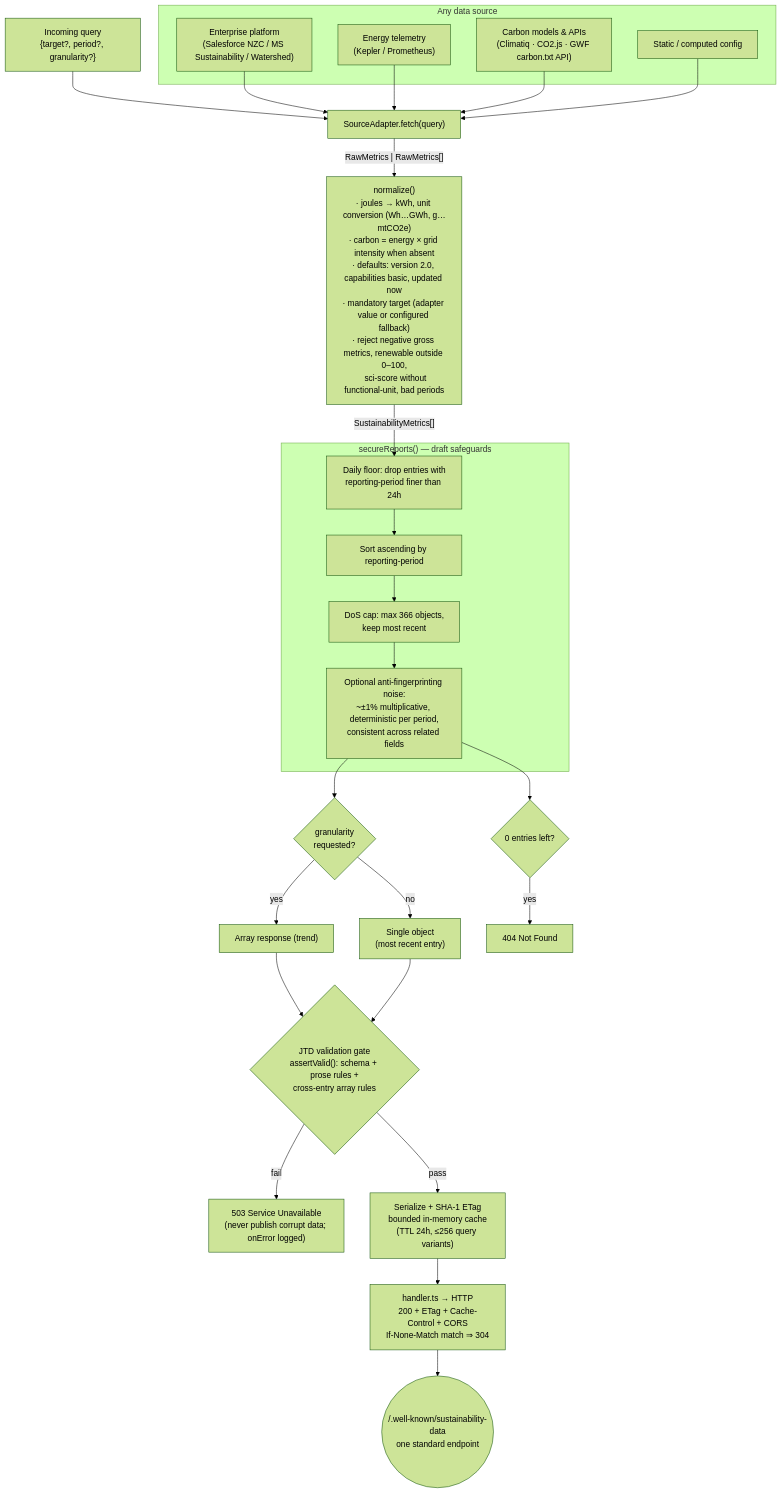
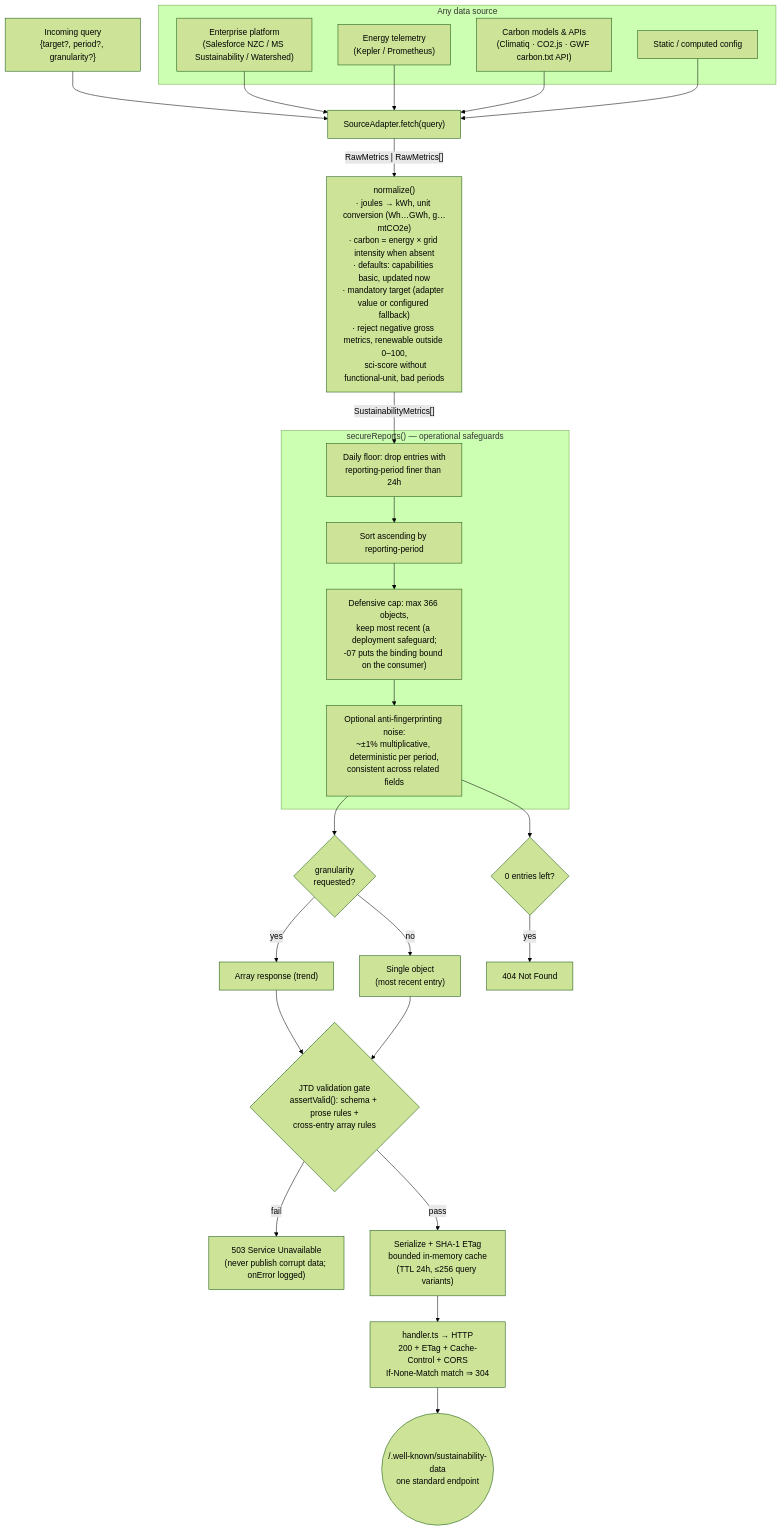
The sixth of 10 diagrams in architecture/README.md (andreibesleaga/rfc-sustainability-wellknown), drawn with Mermaid (forest theme) before and after one commit. The commit also changed other lines of this file and 209 other files, not shown here.

````diff
--- a/architecture/README.md
+++ b/architecture/README.md
@@ -501,45 +607,45 @@
 ```mermaid
 flowchart TD
     Q["Incoming query<br/>{target?, period?, granularity?}"] --> AD
 
     subgraph SRC["Any data source"]
         S1["Enterprise platform<br/>(Salesforce NZC / MS Sustainability / Watershed)"]
         S2["Energy telemetry<br/>(Kepler / Prometheus)"]
         S3["Carbon models & APIs<br/>(Climatiq · CO2.js · GWF carbon.txt API)"]
         S4["Static / computed config"]
     end
 
     S1 --> AD
     S2 --> AD
     S3 --> AD
     S4 --> AD
 
     AD["SourceAdapter.fetch(query)"] -- "RawMetrics | RawMetrics[]" --> N
 
-    N["normalize()<br/>· joules → kWh, unit conversion (Wh…GWh, g…mtCO2e)<br/>· carbon = energy × grid intensity when absent<br/>· defaults: version 2.0, capabilities basic, updated now<br/>· mandatory target (adapter value or configured fallback)<br/>· reject negative gross metrics, renewable outside 0–100,<br/>  sci-score without functional-unit, bad periods"]
+    N["normalize()<br/>· joules → kWh, unit conversion (Wh…GWh, g…mtCO2e)<br/>· carbon = energy × grid intensity when absent<br/>· defaults: capabilities basic, updated now<br/>· mandatory target (adapter value or configured fallback)<br/>· reject negative gross metrics, renewable outside 0–100,<br/>  sci-score without functional-unit, bad periods"]
 
     N -- "SustainabilityMetrics[]" --> G1
 
-    subgraph SAFE["secureReports() — draft safeguards"]
+    subgraph SAFE["secureReports() — operational safeguards"]
         G1["Daily floor: drop entries with<br/>reporting-period finer than 24h"] --> G2
         G2["Sort ascending by reporting-period"] --> G3
-        G3["DoS cap: max 366 objects,<br/>keep most recent"] --> G4
+        G3["Defensive cap: max 366 objects,<br/>keep most recent (a deployment safeguard;<br/>-07 puts the binding bound on the consumer)"] --> G4
         G4["Optional anti-fingerprinting noise:<br/>~±1% multiplicative, deterministic per period,<br/>consistent across related fields"]
     end
 
     G4 --> SHAPE{"granularity<br/>requested?"}
     SHAPE -- "yes" --> ARR["Array response (trend)"]
     SHAPE -- "no" --> ONE["Single object<br/>(most recent entry)"]
     G4 --> EMPTY{"0 entries left?"}
     EMPTY -- "yes" --> R404["404 Not Found"]
 
     ARR --> V
     ONE --> V
 
     V{"JTD validation gate<br/>assertValid(): schema + prose rules +<br/>cross-entry array rules"}
     V -- "fail" --> R503["503 Service Unavailable<br/>(never publish corrupt data; onError logged)"]
     V -- "pass" --> CACHE["Serialize + SHA-1 ETag<br/>bounded in-memory cache<br/>(TTL 24h, ≤256 query variants)"]
 
     CACHE --> H["handler.ts → HTTP<br/>200 + ETag + Cache-Control + CORS<br/>If-None-Match match ⇒ 304"]
     H --> OUT(("/.well-known/sustainability-data<br/>one standard endpoint"))
 ```
````
